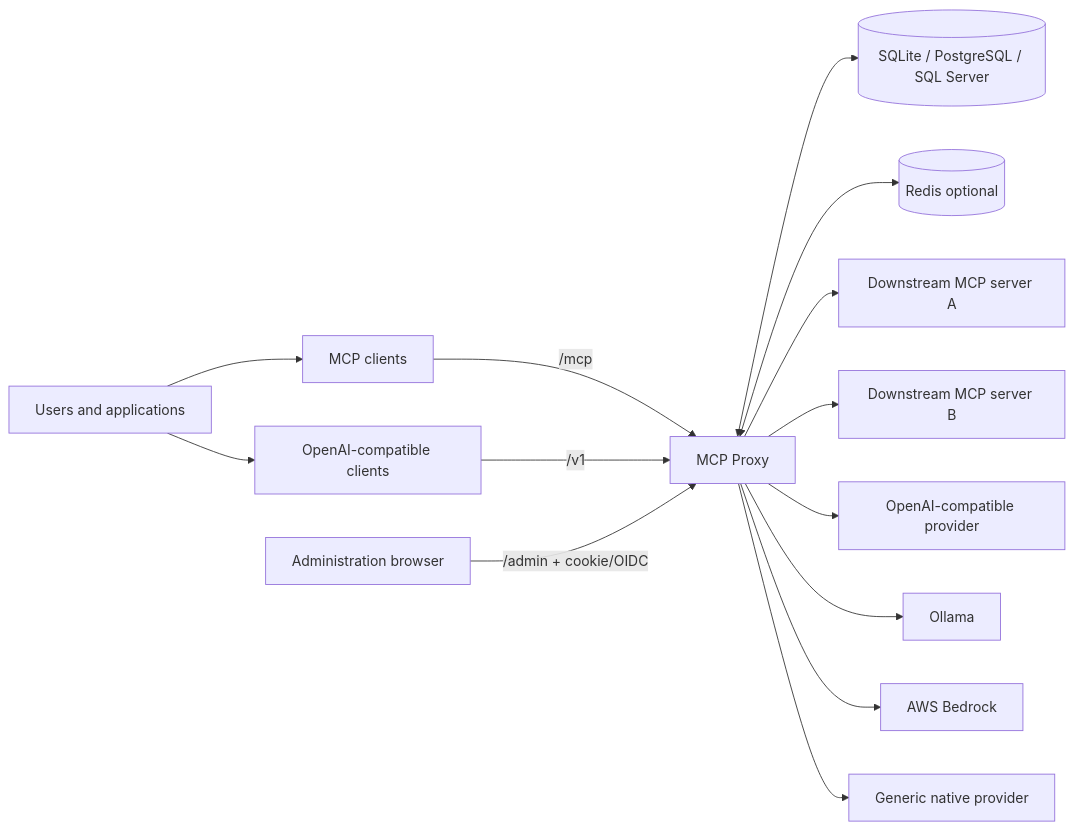
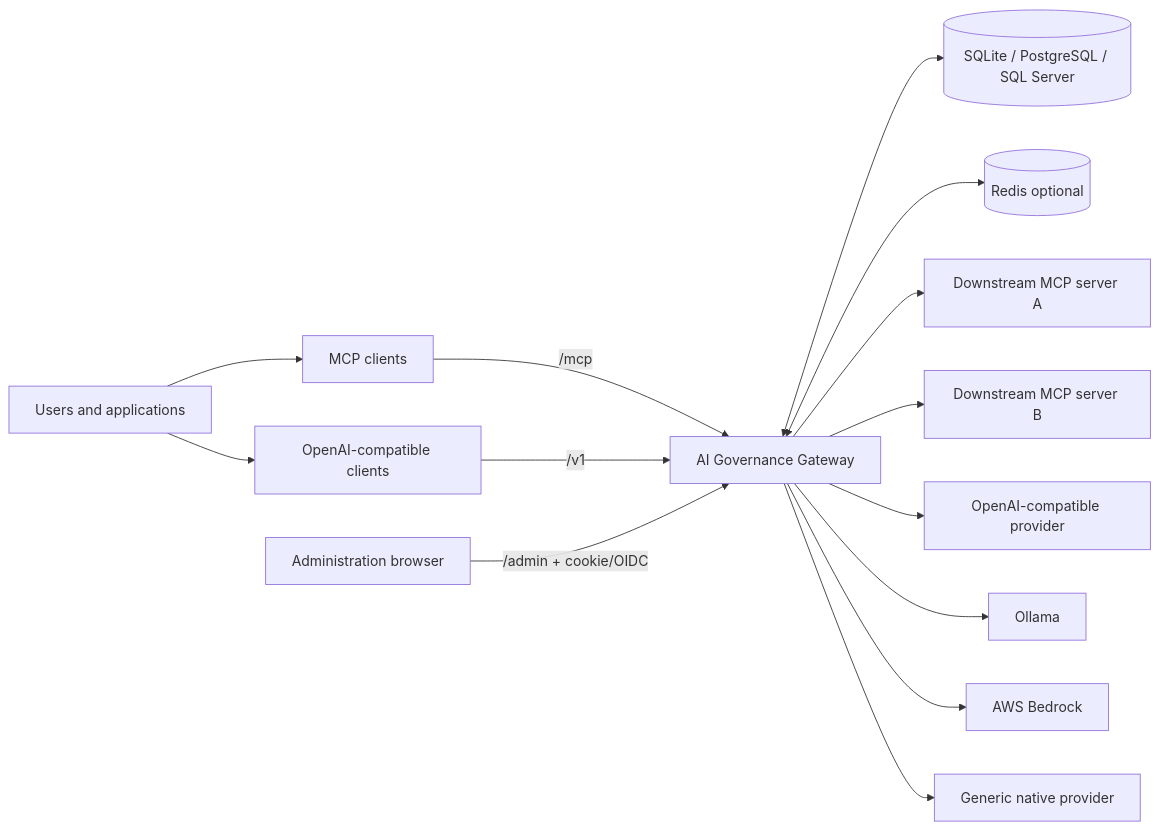
One commit to theonemule/MCP-Proxy changed the first of 9 diagrams in docs/ARCHITECTURE.md. Above: the diagram before and after it, drawn with Mermaid. The commit also changed other lines of this file and 130 other files, not shown here.

Commit message:
Rename to AI Governance Gateway and add governance telemetry

```diff
--- a/docs/ARCHITECTURE.md
+++ b/docs/ARCHITECTURE.md
@@ -12,37 +14,37 @@
 ~~~mermaid
 flowchart LR
     U[Users and applications]
     C[MCP clients]
     O[OpenAI-compatible clients]
     A[Administration browser]
 
-    P[MCP Proxy]
+    P[AI Governance Gateway]
 
     DB[(SQLite / PostgreSQL / SQL Server)]
     R[(Redis optional)]
 
     M1[Downstream MCP server A]
     M2[Downstream MCP server B]
 
     AI1[OpenAI-compatible provider]
     AI2[Ollama]
     AI3[AWS Bedrock]
     AI4[Generic native provider]
 
     C -->|/mcp| P
     O -->|/v1| P
     A -->|/admin + cookie/OIDC| P
     U --> C
     U --> O
 
     P <--> DB
     P <--> R
 
     P --> M1
     P --> M2
 
     P --> AI1
     P --> AI2
     P --> AI3
     P --> AI4
 ~~~
```
